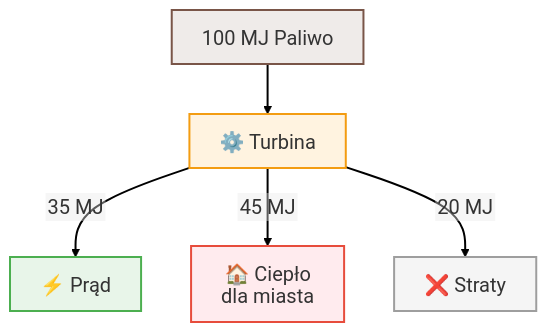
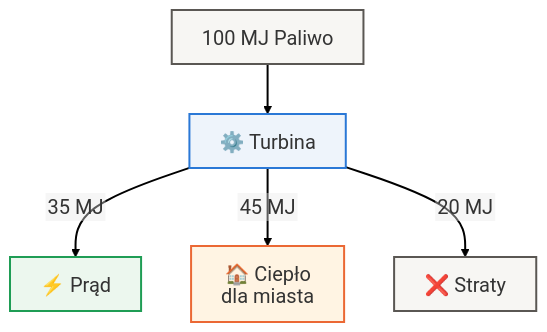
One commit to moondec/Termodynamika changed the fourth of 6 diagrams in Wyklady/15_Spalanie_Egzergia.qmd. Above: the diagram before and after it, drawn with Mermaid. The commit also changed other lines of this file and 229 other files, not shown here.

````diff
--- a/Wyklady/15_Spalanie_Egzergia.qmd
+++ b/Wyklady/15_Spalanie_Egzergia.qmd
@@ -308,18 +296,17 @@
 ```{mermaid}
 %%| fig-align: center
-
 
 %%{init: {'theme': 'default', 'flowchart': {'htmlLabels': false, 'wrappingWidth': 400, 'subGraphTitleMargin': {'top': 6, 'bottom': 16}}, 'themeVariables': {'fontSize': '20px', 'fontFamily': 'Arial, Helvetica, sans-serif'}, 'htmlLabels': false}}%%
 flowchart TD
     F["100 MJ Paliwo"] --> T["⚙️ Turbina"]
     T -->|"35 MJ"| E["⚡ Prąd"]
     T -->|"45 MJ"| C["🏠 Ciepło<br>dla miasta"]
     T -->|"20 MJ"| S["❌ Straty"]
-    
-    style F fill:#efebe9,stroke:#795548,stroke-width:2px
-    style T fill:#fff3e0,stroke:#f39c12,stroke-width:2px
-    style E fill:#e8f5e9,stroke:#4caf50,stroke-width:2px
-    style C fill:#ffebee,stroke:#e74c3c,stroke-width:2px
-    style S fill:#f5f5f5,stroke:#9e9e9e,stroke-width:2px
+
+    style F fill:#f7f6f3,stroke:#5a5753,stroke-width:2px
+    style T fill:#eef4fb,stroke:#2a78d6,stroke-width:2px
+    style E fill:#ecf7ee,stroke:#1f9d55,stroke-width:2px
+    style C fill:#fff4e3,stroke:#eb6834,stroke-width:2px
+    style S fill:#f7f6f3,stroke:#5a5753,stroke-width:2px
     linkStyle default stroke-width:2px,fill:none,stroke:black
 ```
````
